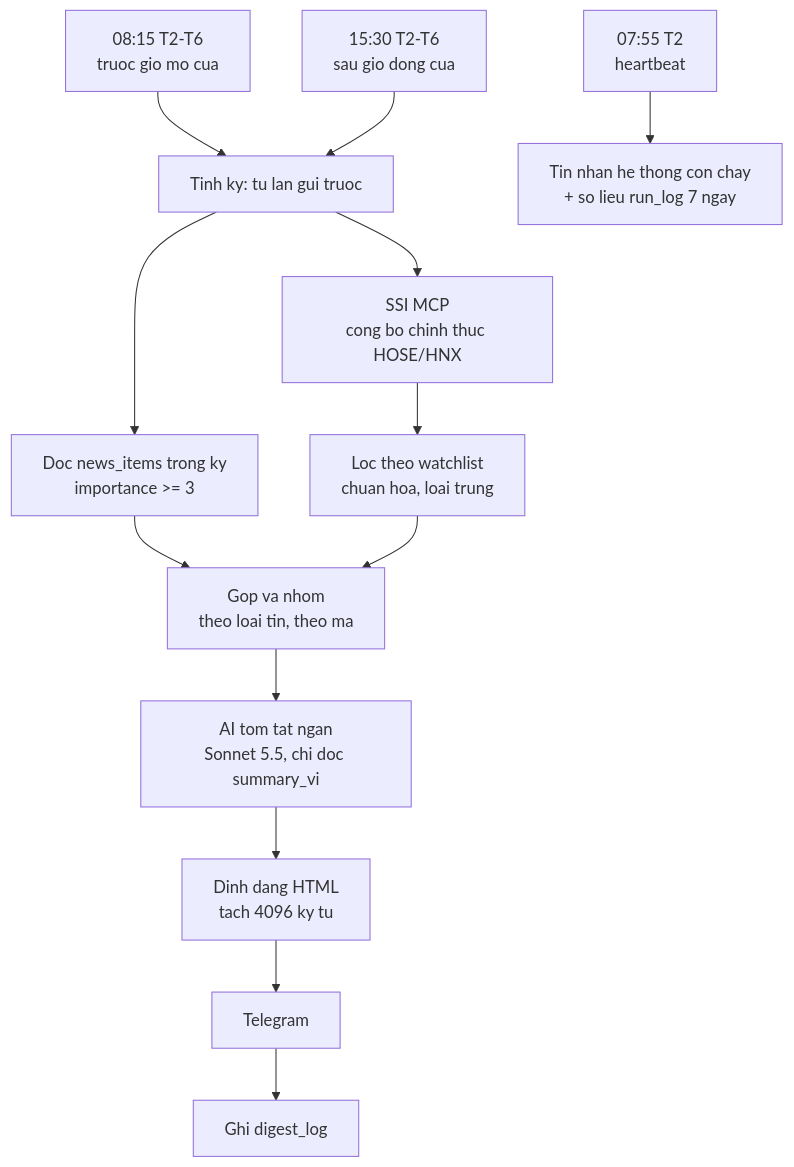
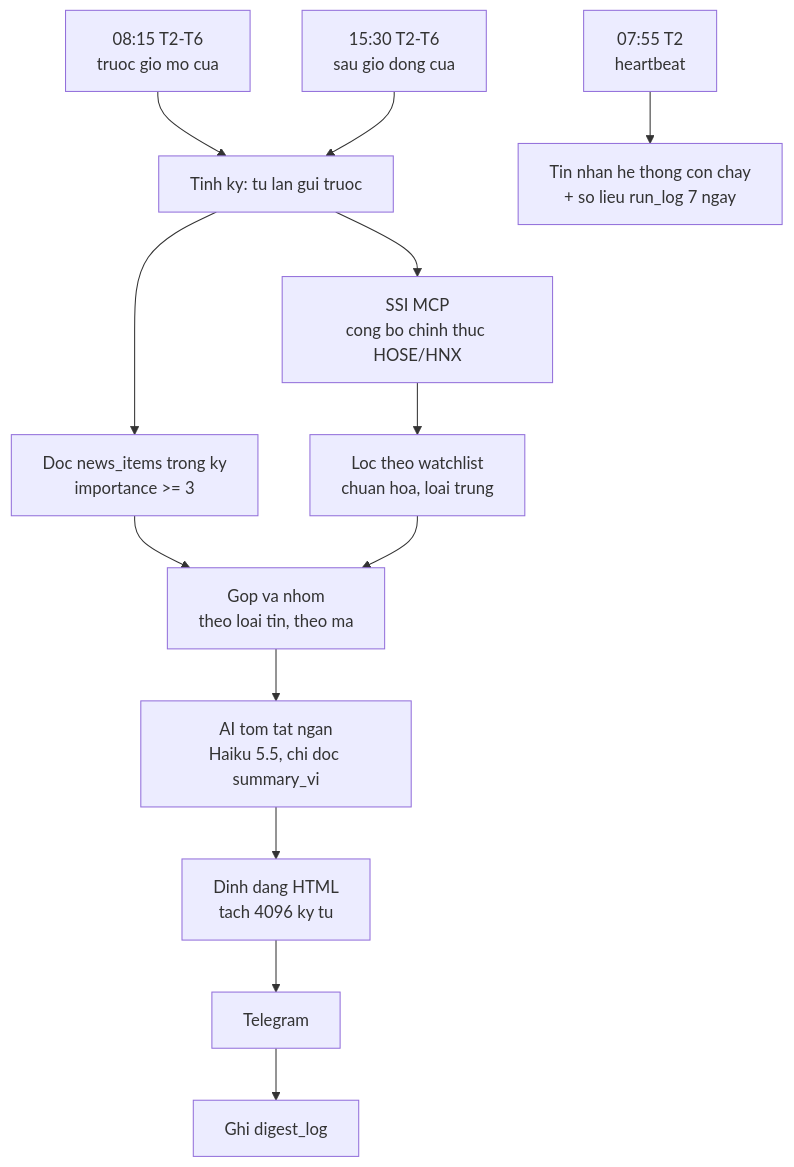
The second of 2 diagrams in automation/vn-news-monitor/docs/DESIGN.md (lilrick23/n8n), drawn with Mermaid before and after one commit. The commit also changed other lines of this file and 50 other files, not shown here.

````diff
--- a/automation/vn-news-monitor/docs/DESIGN.md
+++ b/automation/vn-news-monitor/docs/DESIGN.md
@@ -79,15 +79,15 @@
 ```mermaid
 flowchart TD
     D1[08:15 T2-T6<br/>truoc gio mo cua] --> RANGE
     D2[15:30 T2-T6<br/>sau gio dong cua] --> RANGE
     D3[07:55 T2<br/>heartbeat] --> HB[Tin nhan he thong con chay<br/>+ so lieu run_log 7 ngay]
     RANGE[Tinh ky: tu lan gui truoc] --> READ[Doc news_items trong ky<br/>importance >= 3]
     RANGE --> SSI[SSI MCP<br/>cong bo chinh thuc HOSE/HNX]
     SSI --> SSIF[Loc theo watchlist<br/>chuan hoa, loai trung]
     READ --> MERGE[Gop va nhom<br/>theo loai tin, theo ma]
     SSIF --> MERGE
-    MERGE --> SUM[AI tom tat ngan<br/>Sonnet 5.5, chi doc summary_vi]
+    MERGE --> SUM[AI tom tat ngan<br/>Haiku 5.5, chi doc summary_vi]
     SUM --> FMT[Dinh dang HTML<br/>tach 4096 ky tu]
     FMT --> SEND[Telegram]
     SEND --> LOGD[Ghi digest_log]
 ```
````
